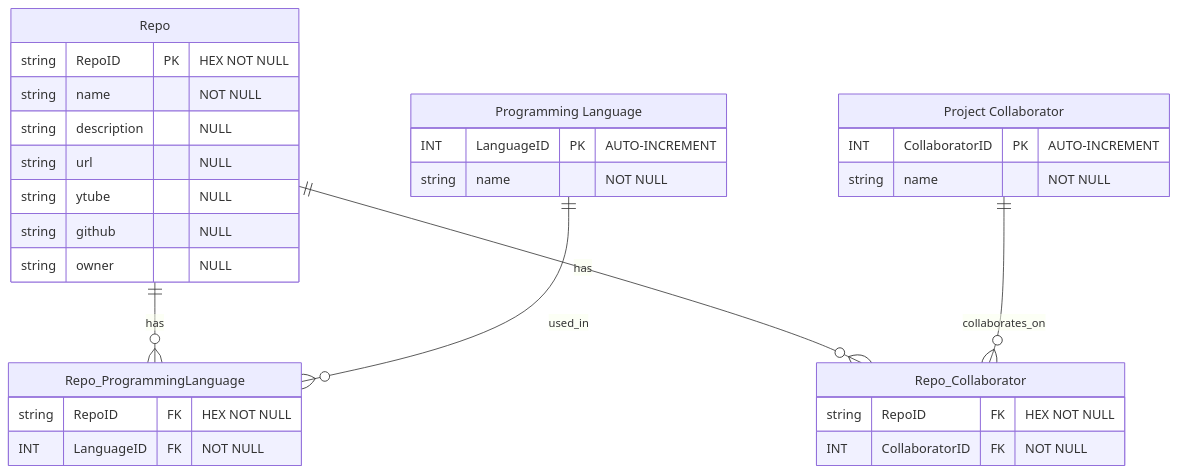
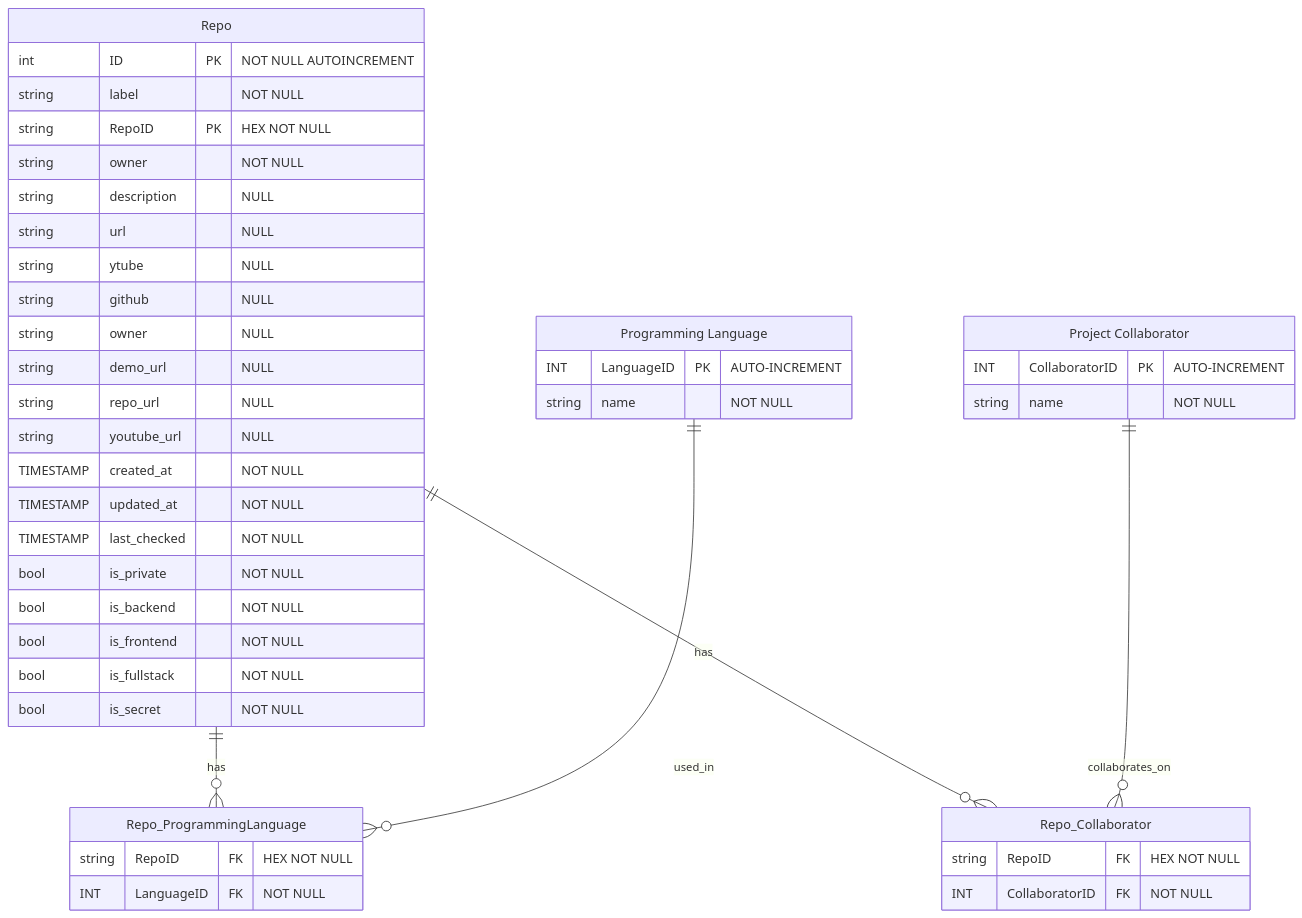
The diagram in docs/diagrams/database-erDiagram.md (NexusWeave/webapp-Portfolio), drawn with Mermaid before and after one commit. The commit also changed 4 other files, not shown here.

First line of the commit message:
feat(Database): ✨ ADD privacy controls & refine data tracking.     - Added 'is_secret' flag to GithubModel for repository privacy.     - Replaced 'last_updated' with 'last_check' timestamp to monitor data     freshness.

````diff
--- a/docs/diagrams/database-erDiagram.md
+++ b/docs/diagrams/database-erDiagram.md
@@ -2,39 +2,55 @@
 ```mermaid
 erDiagram
 
     Repo ||--o{ Repo_ProgrammingLanguage : has
     "Programming Language" ||--o{ Repo_ProgrammingLanguage : used_in
     Repo ||--o{ Repo_Collaborator : has
     "Project Collaborator" ||--o{ Repo_Collaborator : collaborates_on
 
     Repo {
+        int ID PK "NOT NULL AUTOINCREMENT"
+        string label "NOT NULL"
         string RepoID PK "HEX NOT NULL"
-        string name "NOT NULL"
+        string owner "NOT NULL"
         string description "NULL"
         string url "NULL"
         string ytube "NULL"
         string github "NULL"
         string owner "NULL"
+        string demo_url "NULL"
+        string repo_url "NULL"
+        string youtube_url "NULL"
+        TIMESTAMP created_at "NOT NULL"
+        TIMESTAMP updated_at "NOT NULL"
+        TIMESTAMP last_checked "NOT NULL"
+
+
+        bool is_private "NOT NULL"
+        bool is_backend "NOT NULL"
+        bool is_frontend "NOT NULL"
+        bool is_fullstack "NOT NULL"
+        bool is_secret "NOT NULL"
+
     }
 
     "Programming Language" {
         INT LanguageID PK "AUTO-INCREMENT"
         string name "NOT NULL"
     }
 
     "Project Collaborator" {
         INT CollaboratorID PK "AUTO-INCREMENT"
         string name "NOT NULL"
     }
 
     %% Linking Tables for Many-to-Many Relationships
     "Repo_ProgrammingLanguage" {
         string RepoID FK "HEX NOT NULL"
         INT LanguageID FK "NOT NULL"
     }
 
     "Repo_Collaborator" {
         string RepoID FK "HEX NOT NULL"
         INT CollaboratorID FK "NOT NULL"
     }
 ```
````
